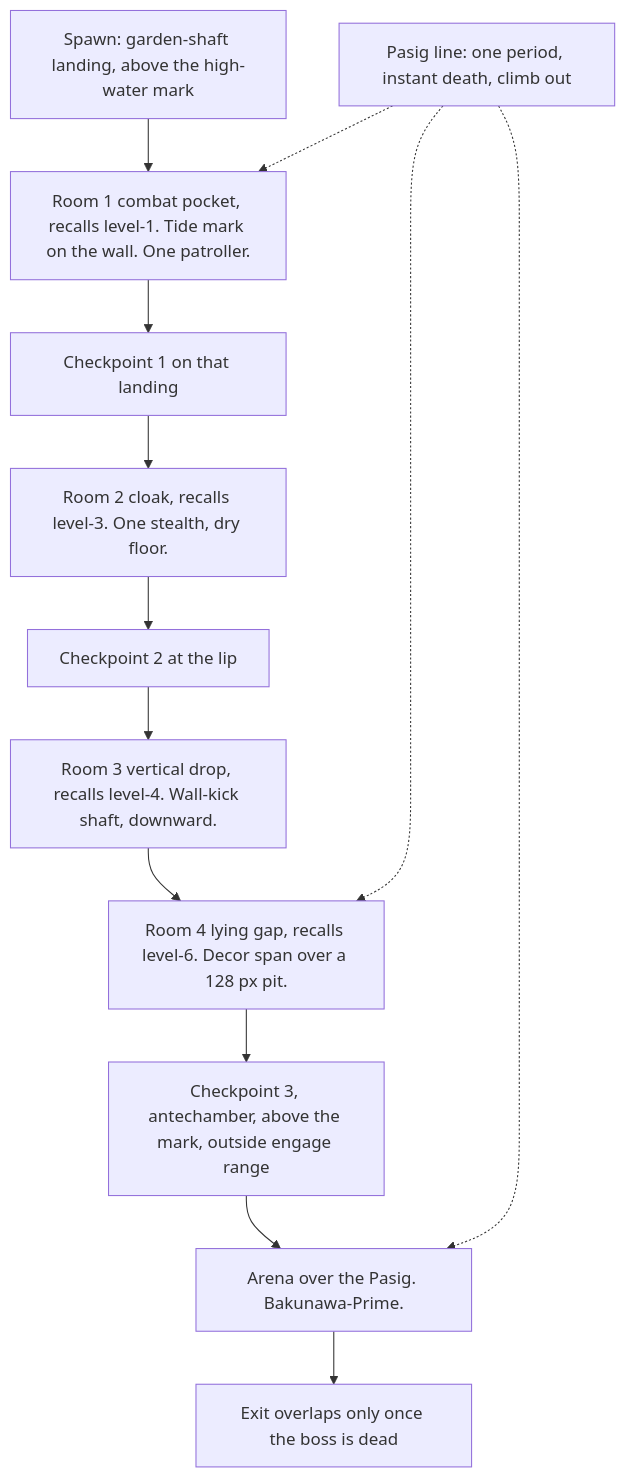
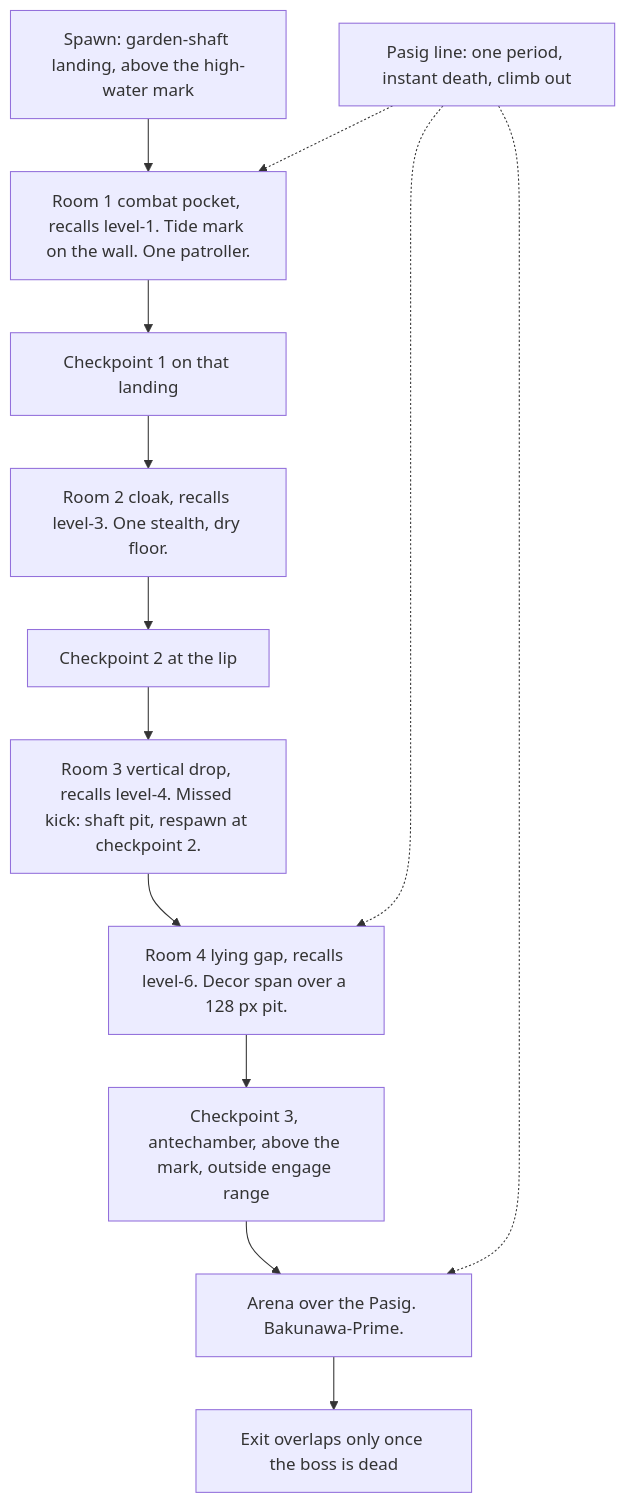
The diagram in docs/FINALE.md (kzap/batoman-game), drawn with Mermaid before and after one commit. The commit also changed other lines of this file and 1 other file, not shown here.

````diff
--- a/docs/FINALE.md
+++ b/docs/FINALE.md
@@ -88,15 +109,15 @@
 ```mermaid
 flowchart TD
   spawn["Spawn: garden-shaft landing, above the high-water mark"] --> room1["Room 1 combat pocket, recalls level-1. Tide mark on the wall. One patroller."]
   room1 --> cp1["Checkpoint 1 on that landing"]
   cp1 --> room2["Room 2 cloak, recalls level-3. One stealth, dry floor."]
   room2 --> cp2["Checkpoint 2 at the lip"]
-  cp2 --> room3["Room 3 vertical drop, recalls level-4. Wall-kick shaft, downward."]
+  cp2 --> room3["Room 3 vertical drop, recalls level-4. Missed kick: shaft pit, respawn at checkpoint 2."]
   room3 --> room4["Room 4 lying gap, recalls level-6. Decor span over a 128 px pit."]
   room4 --> cp3["Checkpoint 3, antechamber, above the mark, outside engage range"]
   cp3 --> arena["Arena over the Pasig. Bakunawa-Prime."]
   arena --> exit["Exit overlaps only once the boss is dead"]
   line["Pasig line: one period, instant death, climb out"] -.-> room1
   line -.-> room4
   line -.-> arena
 ```
````
